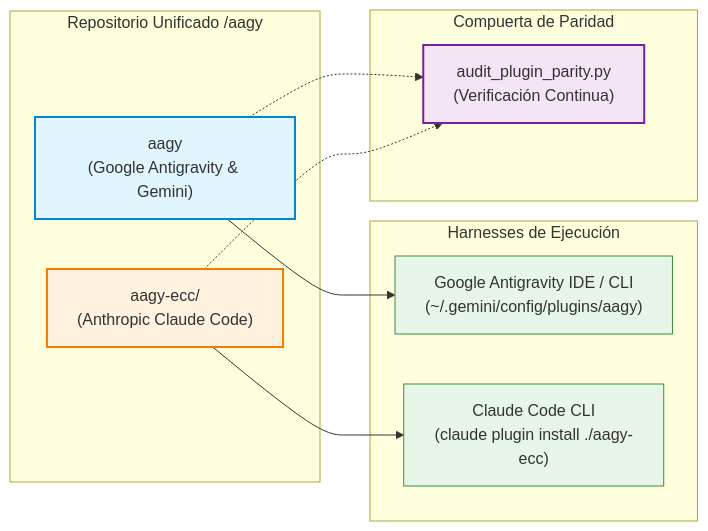
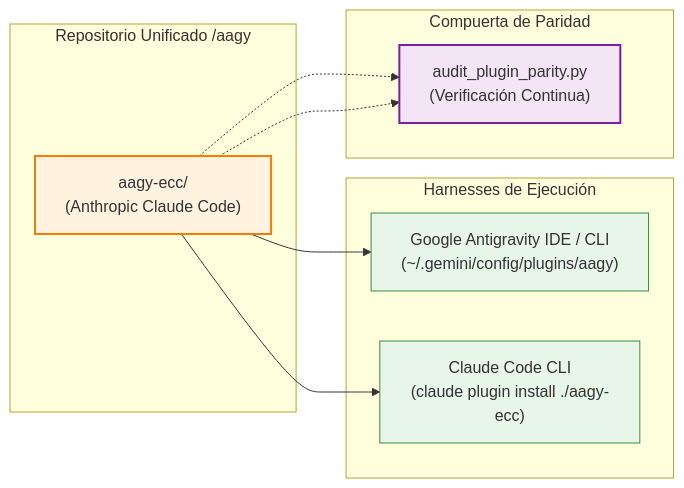
The diagram in doc/01-architecture/MANUAL_aagy_ecc_parity_and_migration.md (ACB75/aagy), drawn with Mermaid before and after one commit. The commit also changed other lines of this file and 350 other files, not shown here.

First line of the commit message:
[chore]-[aagy,aagy-ecc,scripts,doc]: purga integral del legado ecc y reinstalacion limpia del plugin aagy (#40)

````diff
--- a/doc/01-architecture/MANUAL_aagy_ecc_parity_and_migration.md
+++ b/doc/01-architecture/MANUAL_aagy_ecc_parity_and_migration.md
@@ -19,31 +19,31 @@
 ```mermaid
 flowchart LR
     subgraph Repo["Repositorio Unificado /aagy"]
         AAGY["aagy<br/>(Google Antigravity & Gemini)"]
-        ECC["aagy-ecc/<br/>(Anthropic Claude Code)"]
+        AAGY["aagy-ecc/<br/>(Anthropic Claude Code)"]
     end
 
     subgraph Harnesses["Harnesses de Ejecución"]
         AGY_Harness["Google Antigravity IDE / CLI<br/>(~/.gemini/config/plugins/aagy)"]
         Claude_Harness["Claude Code CLI<br/>(claude plugin install ./aagy-ecc)"]
     end
 
     subgraph Parity["Compuerta de Paridad"]
         Linter["audit_plugin_parity.py<br/>(Verificación Continua)"]
     end
 
     AAGY --> AGY_Harness
-    ECC --> Claude_Harness
+    AAGY --> Claude_Harness
     AAGY -.-> Linter
-    ECC -.-> Linter
+    AAGY -.-> Linter
 
     classDef core fill:#e1f5fe,stroke:#0288d1,stroke-width:2px;
-    classDef ecc fill:#fff3e0,stroke:#f57c00,stroke-width:2px;
+    classDef aagy fill:#fff3e0,stroke:#f57c00,stroke-width:2px;
     classDef harness fill:#e8f5e9,stroke:#388e3c,stroke-width:1px;
     classDef tool fill:#f3e5f5,stroke:#7b1fa2,stroke-width:2px;
 
     class AAGY core;
-    class ECC ecc;
+    class AAGY aagy;
     class AGY_Harness,Claude_Harness harness;
     class Linter tool;
 ```
````
